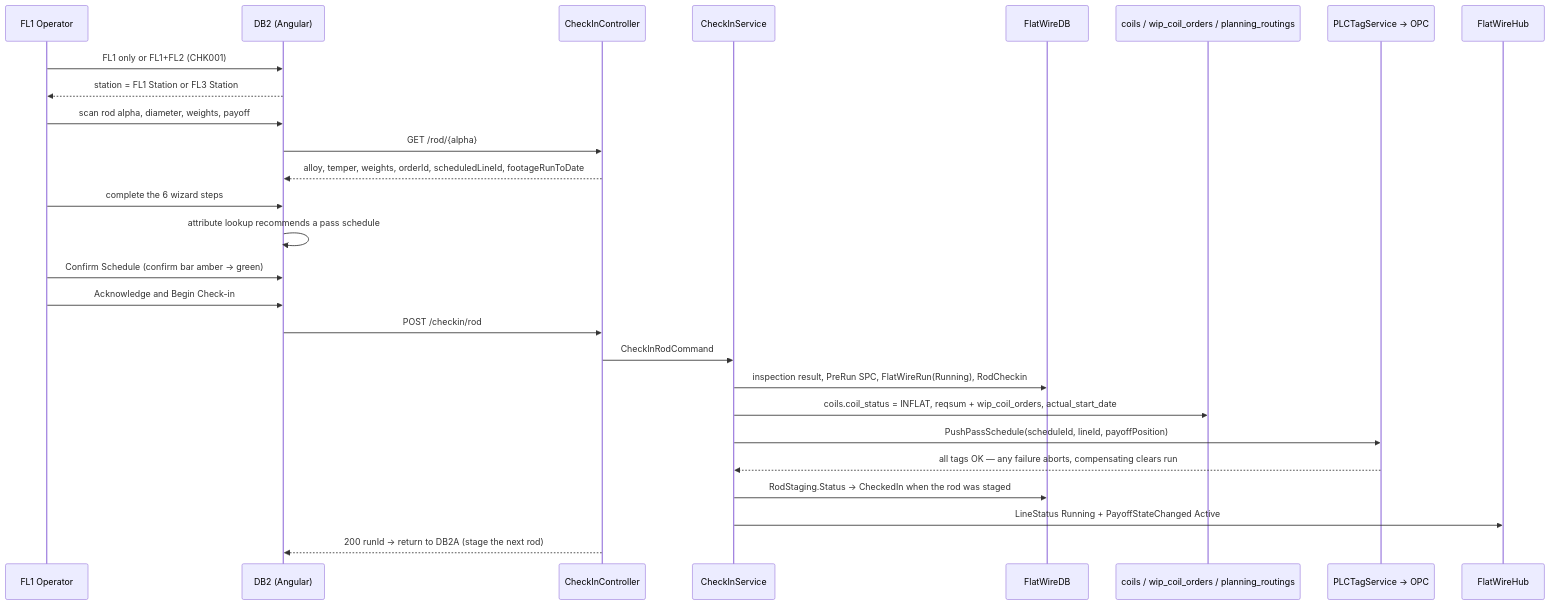
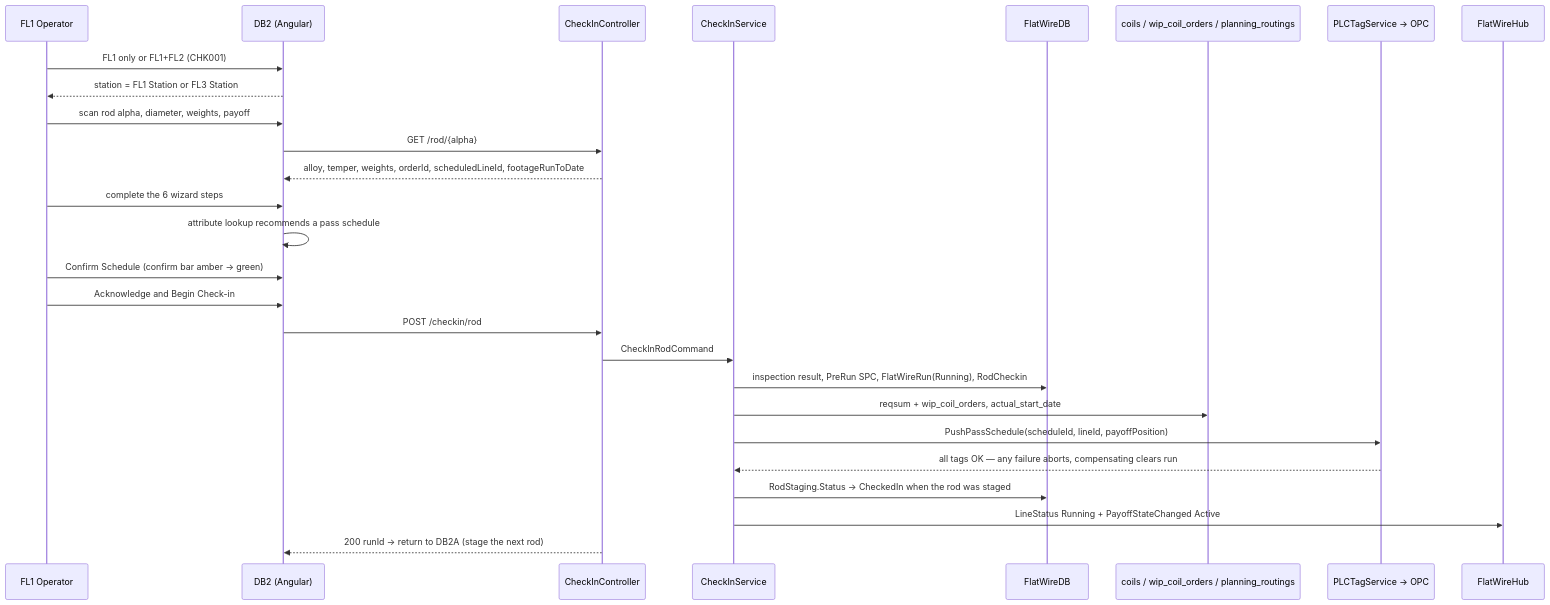
Before and after one commit to UnitedAluminum/Flatwire-planning: the second of 2 diagrams in MVP-1/ProjectPlan/Business/ProcessFlows.md, drawn with Mermaid. The commit also changed other lines of this file and 142 other files, not shown here.

````diff
--- a/MVP-1/ProjectPlan/Business/ProcessFlows.md
+++ b/MVP-1/ProjectPlan/Business/ProcessFlows.md
@@ -80,30 +80,30 @@
 ```mermaid
 sequenceDiagram
     participant OP as FL1 Operator
     participant NG as DB2 (Angular)
     participant API as CheckInController
     participant SVC as CheckInService
     participant DB as FlatWireDB
     participant LEG as coils / wip_coil_orders / planning_routings
     participant PLC as PLCTagService → OPC
     participant HUB as FlatWireHub
 
     OP->>NG: FL1 only or FL1+FL2 (CHK001)
     NG-->>OP: station = FL1 Station or FL3 Station
     OP->>NG: scan rod alpha, diameter, weights, payoff
     NG->>API: GET /rod/{alpha}
     API-->>NG: alloy, temper, weights, orderId, scheduledLineId, footageRunToDate
     OP->>NG: complete the 6 wizard steps
     NG->>NG: attribute lookup recommends a pass schedule
     OP->>NG: Confirm Schedule (confirm bar amber → green)
     OP->>NG: Acknowledge and Begin Check-in
     NG->>API: POST /checkin/rod
     API->>SVC: CheckInRodCommand
     SVC->>DB: inspection result, PreRun SPC, FlatWireRun(Running), RodCheckin
-    SVC->>LEG: coils.coil_status = INFLAT, reqsum + wip_coil_orders, actual_start_date
+    SVC->>LEG: reqsum + wip_coil_orders, actual_start_date
     SVC->>PLC: PushPassSchedule(scheduleId, lineId, payoffPosition)
     PLC-->>SVC: all tags OK — any failure aborts, compensating clears run
     SVC->>DB: RodStaging.Status → CheckedIn when the rod was staged
     SVC->>HUB: LineStatus Running + PayoffStateChanged Active
     API-->>NG: 200 runId → return to DB2A (stage the next rod)
 ```
````
